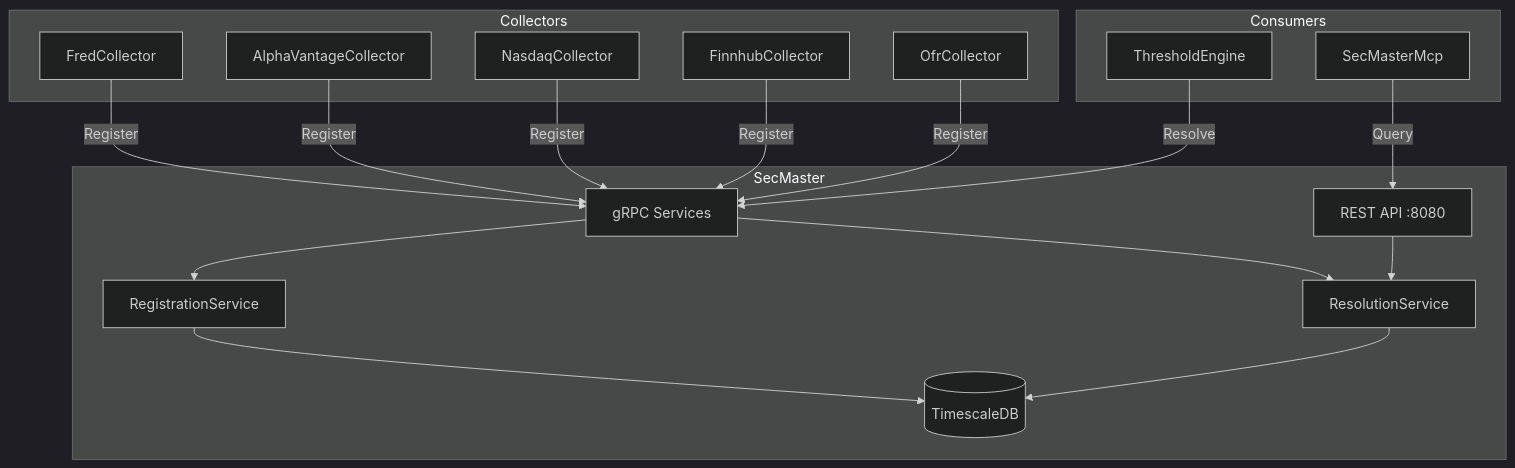
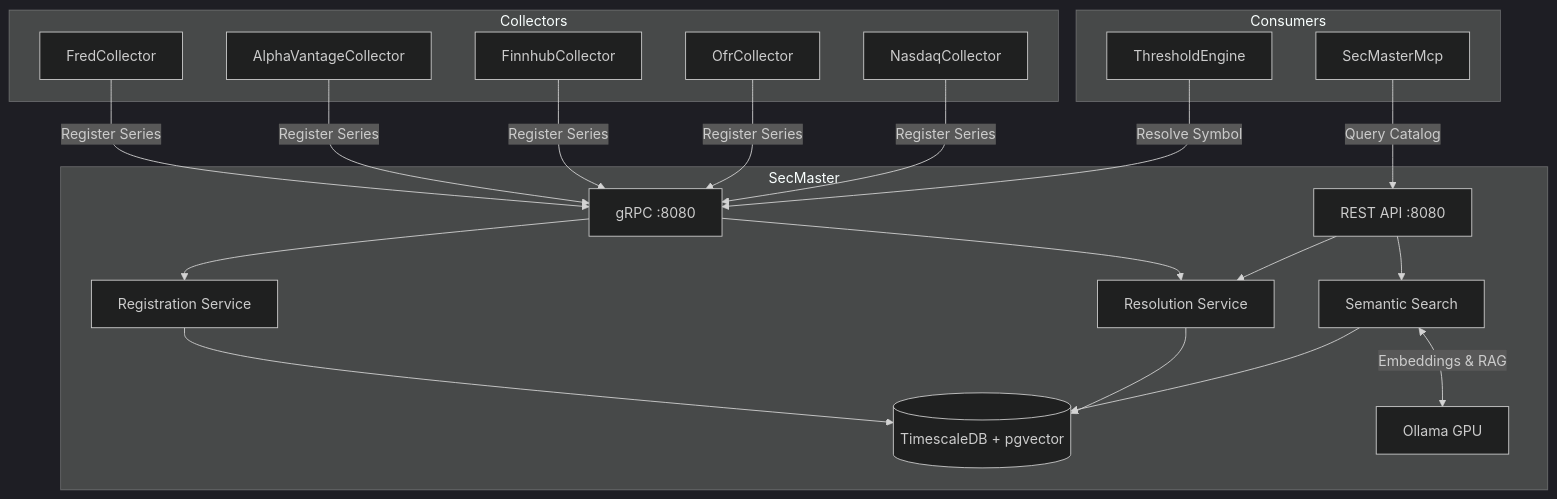
The diagram in SecMaster/README.md (jpansarasa/ATLAS-Docs), drawn with Mermaid (dark theme) before and after one commit. The commit also changed other lines of this file and 31 other files, not shown here.

````diff
--- a/SecMaster/README.md
+++ b/SecMaster/README.md
@@ -11,39 +11,37 @@
 ```mermaid
-graph TB
+flowchart TD
     subgraph Collectors
         FC[FredCollector]
         AV[AlphaVantageCollector]
-        NC[NasdaqCollector]
         FH[FinnhubCollector]
         OFR[OfrCollector]
+        NC[NasdaqCollector]
     end
 
     subgraph SecMaster
-        API[REST API :8080]
-        GRPC[gRPC Services]
-        RS[ResolutionService]
-        REG[RegistrationService]
-        DB[(TimescaleDB)]
+        GRPC[gRPC :8080]
+        REST[REST API :8080]
+        REG[Registration Service]
+        RES[Resolution Service]
+        SEM[Semantic Search]
+        DB[(TimescaleDB + pgvector)]
+        OLLAMA[Ollama GPU]
     end
 
     subgraph Consumers
         TE[ThresholdEngine]
         MCP[SecMasterMcp]
     end
 
-    FC -->|Register| GRPC
-    AV -->|Register| GRPC
-    NC -->|Register| GRPC
-    FH -->|Register| GRPC
-    OFR -->|Register| GRPC
-
+    FC & AV & FH & OFR & NC -->|Register Series| GRPC
     GRPC --> REG
     REG --> DB
 
-    TE -->|Resolve| GRPC
-    MCP -->|Query| API
+    TE -->|Resolve Symbol| GRPC
+    MCP -->|Query Catalog| REST
 
-    GRPC --> RS
-    API --> RS
-    RS --> DB
+    GRPC & REST --> RES
+    REST --> SEM
+    RES & SEM --> DB
+    SEM <-->|Embeddings & RAG| OLLAMA
 ```
````
